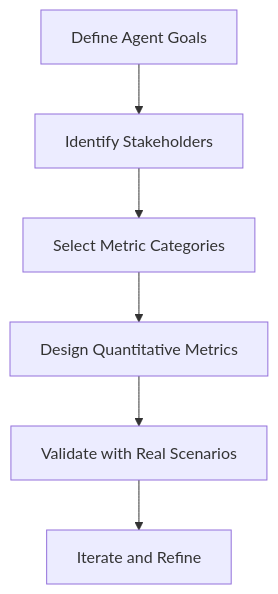
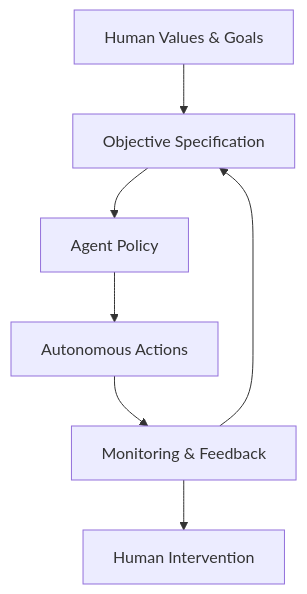
Before and after one commit to m-rizqinovniari/agentic-handbook: the first of 4 diagrams in docusaurus/docs/part-3/chapter-10.md, drawn with Mermaid. The commit also changed other lines of this file and 19 other files, not shown here.

````diff
--- a/docusaurus/docs/part-3/chapter-10.md
+++ b/docusaurus/docs/part-3/chapter-10.md
@@ -88,8 +143,9 @@
 ```mermaid
 flowchart TD
-    A[Define Agent Goals] --> B[Identify Stakeholders]
-    B --> C[Select Metric Categories]
-    C --> D[Design Quantitative Metrics]
-    D --> E[Validate with Real Scenarios]
-    E --> F[Iterate and Refine]
+    A[Human Values & Goals] --> B[Objective Specification]
+    B --> C[Agent Policy]
+    C --> D[Autonomous Actions]
+    D --> E[Monitoring & Feedback]
+    E --> B
+    E --> F[Human Intervention]
 ```
````
